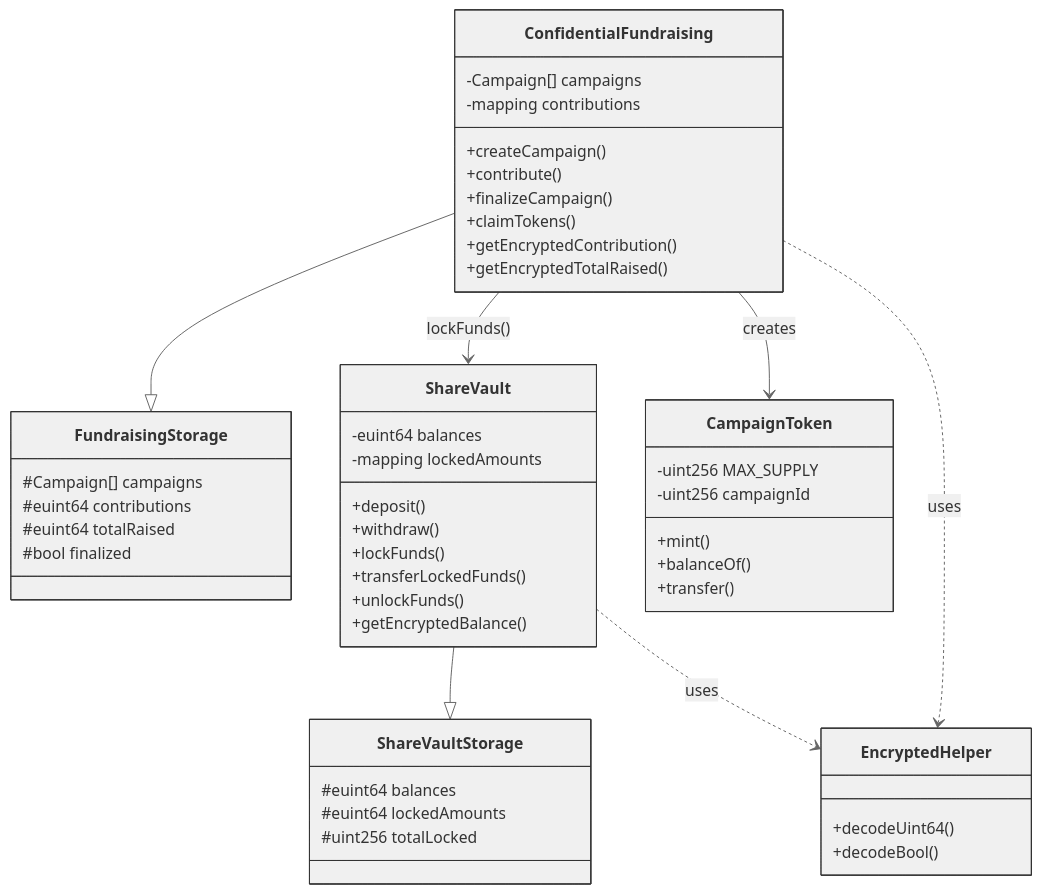
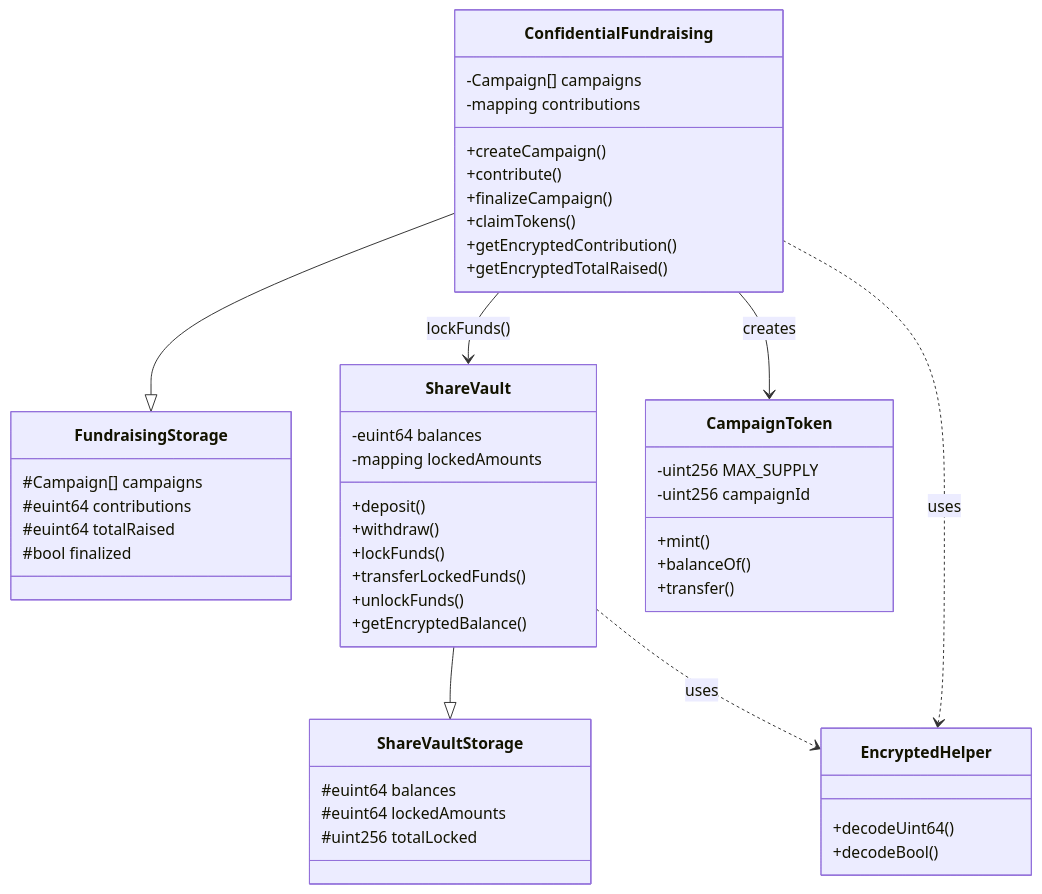
Before and after one commit to cris-the-dev/confidental-fundraising: the second of 8 diagrams in README.md, drawn with Mermaid. The commit also changed other lines of this file, not shown here.

Commit message:
chore(): update mermaid diagrams style

````diff
--- a/README.md
+++ b/README.md
@@ -78,59 +76,57 @@
 ```mermaid
-%%{init: {'theme':'base', 'themeVariables': {'primaryColor':'#f0f0f0','primaryTextColor':'#333','primaryBorderColor':'#333','lineColor':'#666','fontFamily':'Comic Sans MS, cursive, sans-serif'}}}%%
-
 classDiagram
     class ConfidentialFundraising {
         +createCampaign()
         +contribute()
         +finalizeCampaign()
         +claimTokens()
         +getEncryptedContribution()
         +getEncryptedTotalRaised()
         -Campaign[] campaigns
         -mapping contributions
     }
 
     class ShareVault {
         +deposit()
         +withdraw()
         +lockFunds()
         +transferLockedFunds()
         +unlockFunds()
         +getEncryptedBalance()
         -euint64 balances
         -mapping lockedAmounts
     }
 
     class CampaignToken {
         +mint()
         +balanceOf()
         +transfer()
         -uint256 MAX_SUPPLY
         -uint256 campaignId
     }
 
     class FundraisingStorage {
         #Campaign[] campaigns
         #euint64 contributions
         #euint64 totalRaised
         #bool finalized
     }
 
     class ShareVaultStorage {
         #euint64 balances
         #euint64 lockedAmounts
         #uint256 totalLocked
     }
 
     class EncryptedHelper {
         +decodeUint64()
         +decodeBool()
     }
 
     ConfidentialFundraising --|> FundraisingStorage
     ShareVault --|> ShareVaultStorage
     ConfidentialFundraising --> ShareVault : lockFunds()
     ConfidentialFundraising --> CampaignToken : creates
     ConfidentialFundraising ..> EncryptedHelper : uses
     ShareVault ..> EncryptedHelper : uses
 ```
````
